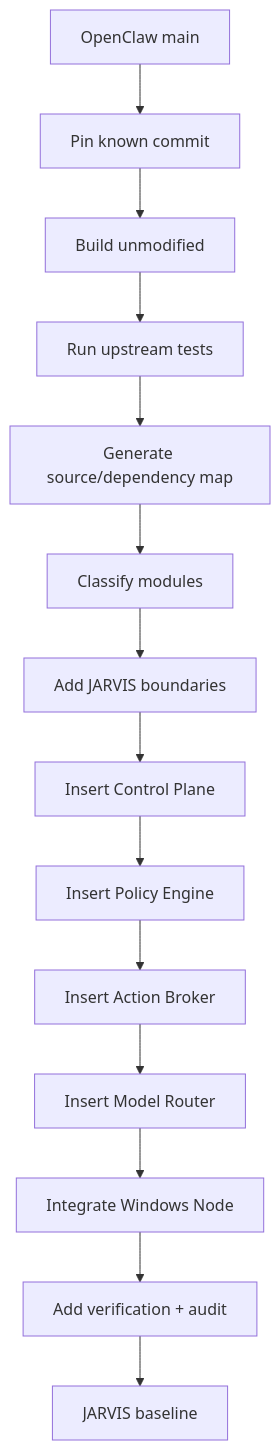
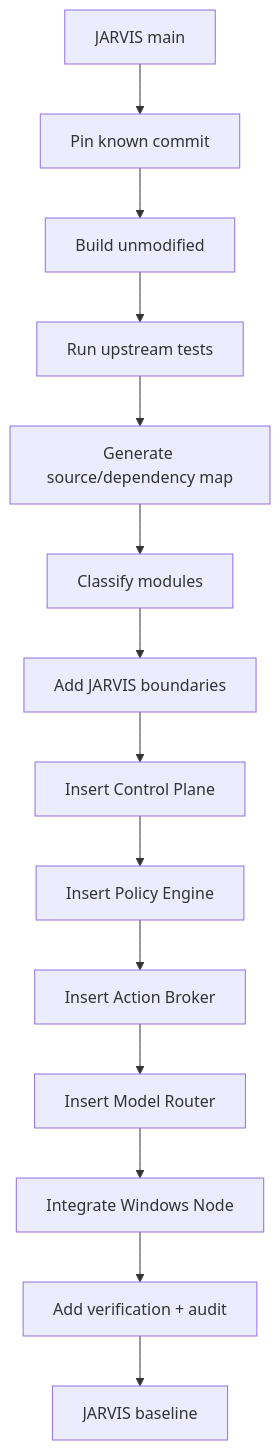
Before and after one commit to deepakrakshit/jarvis-ai: diagram 21 of 28 in ARCHITECTURE.md, drawn with Mermaid. The commit also changed other lines of this file and 270 other files, not shown here.

First line of the commit message:
refactor(core): streamline native execution substrate runtime and documentation architecture

````diff
--- a/ARCHITECTURE.md
+++ b/ARCHITECTURE.md
@@ -4350,16 +4350,16 @@
 ```mermaid
 flowchart TB
-    OC[OpenClaw main] --> SNAP[Pin known commit]
+    OC[JARVIS main] --> SNAP[Pin known commit]
     SNAP --> BUILD[Build unmodified]
     BUILD --> TEST[Run upstream tests]
     TEST --> MAP[Generate source/dependency map]
     MAP --> CLASS[Classify modules]
     CLASS --> WRAP[Add JARVIS boundaries]
     WRAP --> CONTROL[Insert Control Plane]
     CONTROL --> POLICY[Insert Policy Engine]
     POLICY --> BROKER[Insert Action Broker]
     BROKER --> MODELS[Insert Model Router]
     MODELS --> WIN[Integrate Windows Node]
     WIN --> VERIFY[Add verification + audit]
     VERIFY --> JARVIS[JARVIS baseline]
 ```
````
